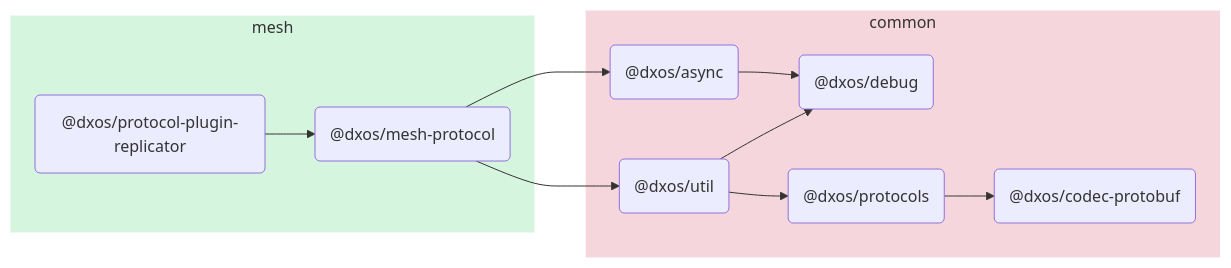
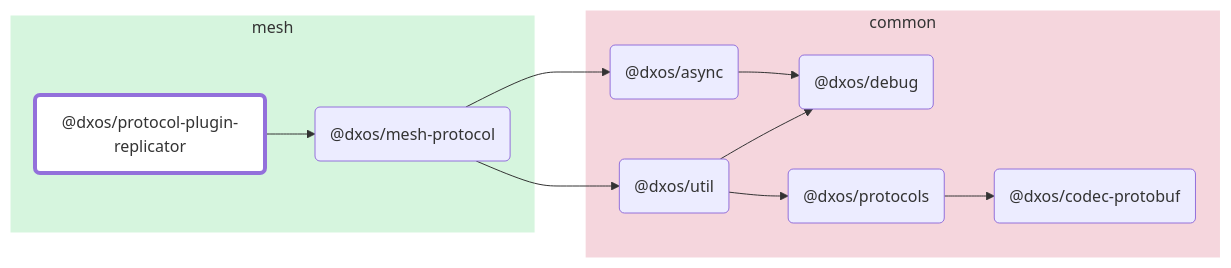
One commit to dxos/dxos changed the diagram in packages/mesh/protocol-plugin-replicator/docs/README.md. Above: the diagram before and after it, drawn with Mermaid. The commit also changed other lines of this file and 88 other files, not shown here.

````diff
--- a/packages/mesh/protocol-plugin-replicator/docs/README.md
+++ b/packages/mesh/protocol-plugin-replicator/docs/README.md
@@ -5,26 +7,35 @@
 ```mermaid
 flowchart LR;
+
+style dxos/protocol-plugin-replicator fill:#fff,stroke-width:4px;
+
+click dxos/async "https:/github.com/dxos/dxos/tree/main/packages/common/async/docs";
+click dxos/debug "https:/github.com/dxos/dxos/tree/main/packages/common/debug/docs";
+click dxos/codec-protobuf "https:/github.com/dxos/dxos/tree/main/packages/common/codec-protobuf/docs";
+click dxos/mesh-protocol "https:/github.com/dxos/dxos/tree/main/packages/mesh/mesh-protocol/docs";
+click dxos/util "https:/github.com/dxos/dxos/tree/main/packages/common/util/docs";
+click dxos/protocols "https:/github.com/dxos/dxos/tree/main/packages/common/protocols/docs";
 
 subgraph mesh
   style mesh fill:#d6f5de,stroke:#fff;
   dxos/protocol-plugin-replicator("@dxos/protocol-plugin-replicator");
   dxos/mesh-protocol("@dxos/mesh-protocol");
 end
 
 subgraph common
   style common fill:#f5d6dd,stroke:#fff;
   dxos/async("@dxos/async");
   dxos/debug("@dxos/debug");
   dxos/codec-protobuf("@dxos/codec-protobuf");
   dxos/util("@dxos/util");
   dxos/protocols("@dxos/protocols");
 end
 
 dxos/async --> dxos/debug;
 dxos/protocol-plugin-replicator --> dxos/mesh-protocol;
 dxos/mesh-protocol --> dxos/async;
 dxos/mesh-protocol --> dxos/util;
 dxos/util --> dxos/debug;
 dxos/util --> dxos/protocols;
 dxos/protocols --> dxos/codec-protobuf;
 ```
````
